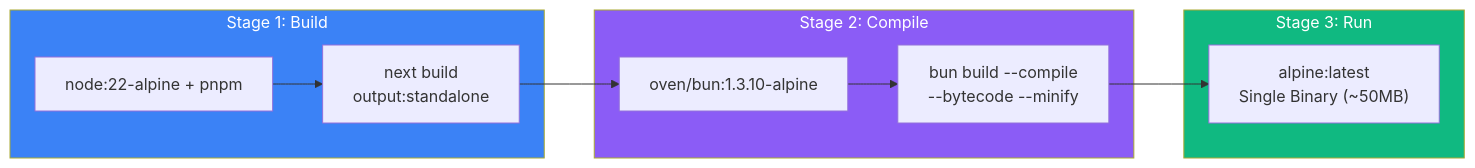
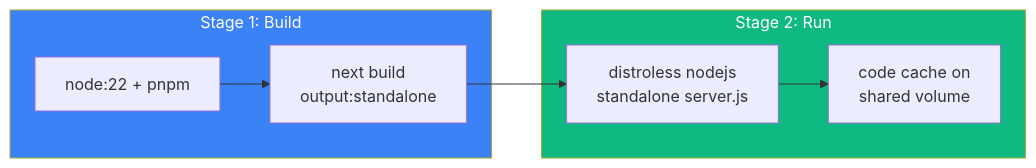
One commit to getknext-dev/knext changed the fifth of 5 diagrams in docs/ARCHITECTURE.md. Above: the diagram before and after it, drawn with Mermaid. The commit also changed other lines of this file and 8 other files, not shown here.

````diff
--- a/docs/ARCHITECTURE.md
+++ b/docs/ARCHITECTURE.md
@@ -307,19 +313,14 @@
 ```mermaid
 flowchart LR
     subgraph Stage1["Stage 1: Build"]
-        A["node:22-alpine + pnpm"] --> B["next build<br/>output:standalone"]
+        A["node:22 + pnpm"] --> B["next build<br/>output:standalone"]
     end
 
-    subgraph Stage2["Stage 2: Compile"]
-        B --> C["oven/bun:1.3.10-alpine"]
-        C --> D["bun build --compile<br/>--bytecode --minify"]
-    end
-
-    subgraph Stage3["Stage 3: Run"]
-        D --> E["alpine:latest<br/>Single Binary (~50MB)"]
+    subgraph Stage2["Stage 2: Run"]
+        B --> C["distroless nodejs<br/>standalone server.js"]
+        C --> D["code cache on<br/>shared volume"]
     end
 
     style Stage1 fill:#3b82f6,color:#fff
-    style Stage2 fill:#8b5cf6,color:#fff
-    style Stage3 fill:#10b981,color:#fff
+    style Stage2 fill:#10b981,color:#fff
 ```
````
